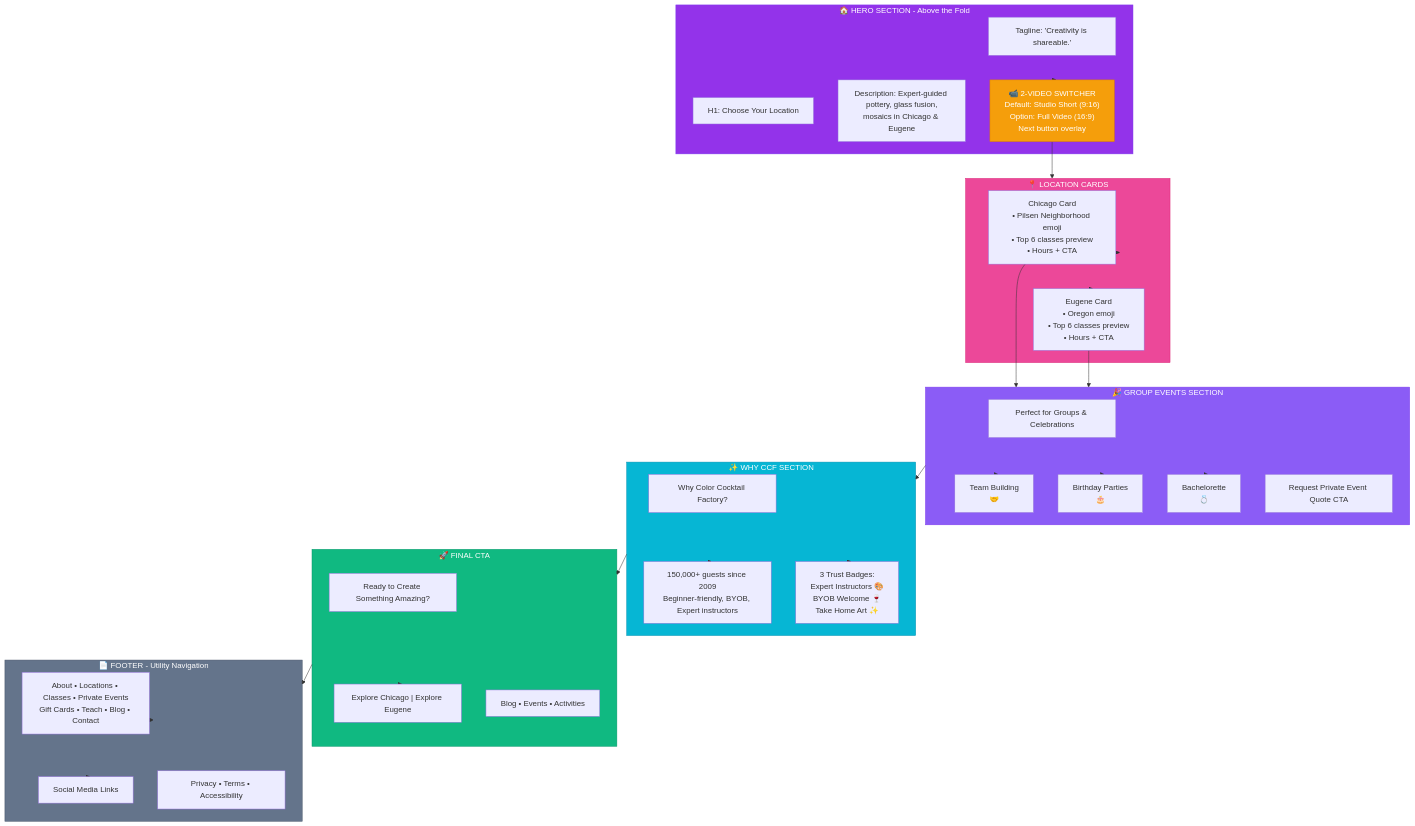
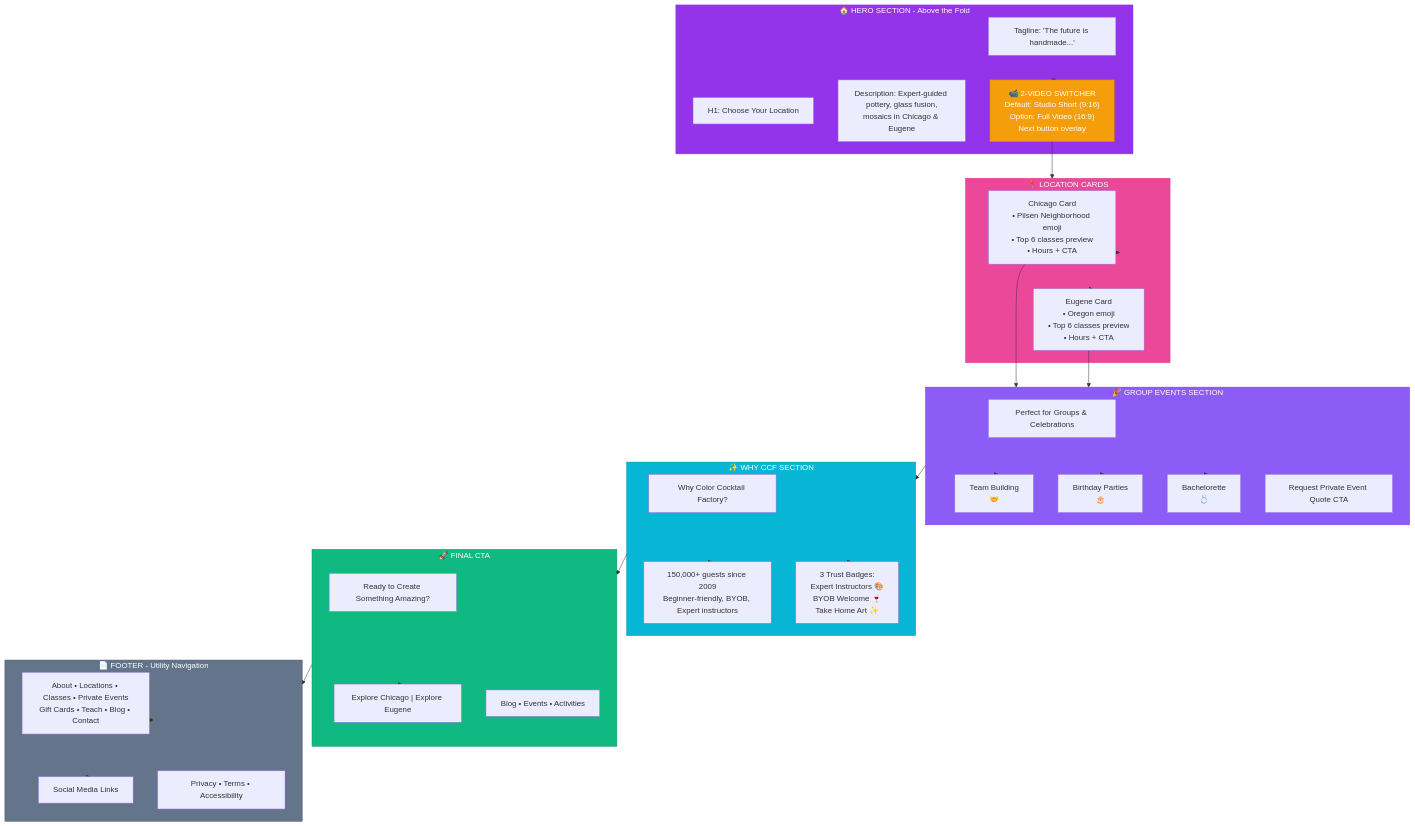
One commit to yayany-pixel/ccf-stacked-v2 changed the second of 2 diagrams in docs/sitemap-structure.md. Above: the diagram before and after it, drawn with Mermaid. The commit also changed 69 other files, not shown here.

````diff
--- a/docs/sitemap-structure.md
+++ b/docs/sitemap-structure.md
@@ -77,66 +77,66 @@
 ```mermaid
 graph TB
     subgraph HERO["🏠 HERO SECTION - Above the Fold"]
-        TAGLINE["Tagline: 'Creativity is shareable.'"]
+        TAGLINE["Tagline: 'The future is handmade...'"]
         H1["H1: Choose Your Location"]
         DESC["Description: Expert-guided pottery, glass fusion,<br/>mosaics in Chicago & Eugene"]
         VIDEO["📹 2-VIDEO SWITCHER<br/>Default: Studio Short (9:16)<br/>Option: Full Video (16:9)<br/>Next button overlay"]
     end
     
     subgraph LOCATIONS["📍 LOCATION CARDS"]
         CHI_CARD["Chicago Card<br/>• Pilsen Neighborhood emoji<br/>• Top 6 classes preview<br/>• Hours + CTA"]
         EUG_CARD["Eugene Card<br/>• Oregon emoji<br/>• Top 6 classes preview<br/>• Hours + CTA"]
     end
     
     subgraph GROUPS["🎉 GROUP EVENTS SECTION"]
         GROUP_INTRO["Perfect for Groups & Celebrations"]
         TEAM_CARD["Team Building<br/>🤝"]
         BDAY_CARD["Birthday Parties<br/>🎂"]
         BACH_CARD["Bachelorette<br/>💍"]
         QUOTE_CTA["Request Private Event Quote CTA"]
     end
     
     subgraph WHY["✨ WHY CCF SECTION"]
         WHY_H2["Why Color Cocktail Factory?"]
         WHY_STORY["150,000+ guests since 2009<br/>Beginner-friendly, BYOB, Expert instructors"]
         TRUST_BADGES["3 Trust Badges:<br/>Expert Instructors 🎨<br/>BYOB Welcome 🍷<br/>Take Home Art ✨"]
     end
     
     subgraph FINAL["🚀 FINAL CTA"]
         READY["Ready to Create Something Amazing?"]
         DUAL_CTA["Explore Chicago | Explore Eugene"]
         FOOTER_LINKS["Blog • Events • Activities"]
     end
     
     subgraph FOOTER["📄 FOOTER - Utility Navigation"]
         FOOT_NAV["About • Locations • Classes • Private Events<br/>Gift Cards • Teach • Blog • Contact"]
         SOCIAL["Social Media Links"]
         LEGAL["Privacy • Terms • Accessibility"]
     end
     
     HERO --> VIDEO
     VIDEO --> LOCATIONS
     LOCATIONS --> CHI_CARD
     LOCATIONS --> EUG_CARD
     CHI_CARD --> GROUPS
     EUG_CARD --> GROUPS
     GROUPS --> TEAM_CARD
     GROUPS --> BDAY_CARD
     GROUPS --> BACH_CARD
     GROUPS --> WHY
     WHY --> WHY_STORY
     WHY --> TRUST_BADGES
     WHY --> FINAL
     FINAL --> DUAL_CTA
     FINAL --> FOOTER
     FOOTER --> FOOT_NAV
     FOOTER --> SOCIAL
     
     style HERO fill:#9333ea,stroke:#7c3aed,color:#fff
     style VIDEO fill:#f59e0b,stroke:#d97706,color:#fff
     style LOCATIONS fill:#ec4899,stroke:#db2777,color:#fff
     style GROUPS fill:#8b5cf6,stroke:#7c3aed,color:#fff
     style WHY fill:#06b6d4,stroke:#0891b2,color:#fff
     style FINAL fill:#10b981,stroke:#059669,color:#fff
     style FOOTER fill:#64748b,stroke:#475569,color:#fff
 ```
````
